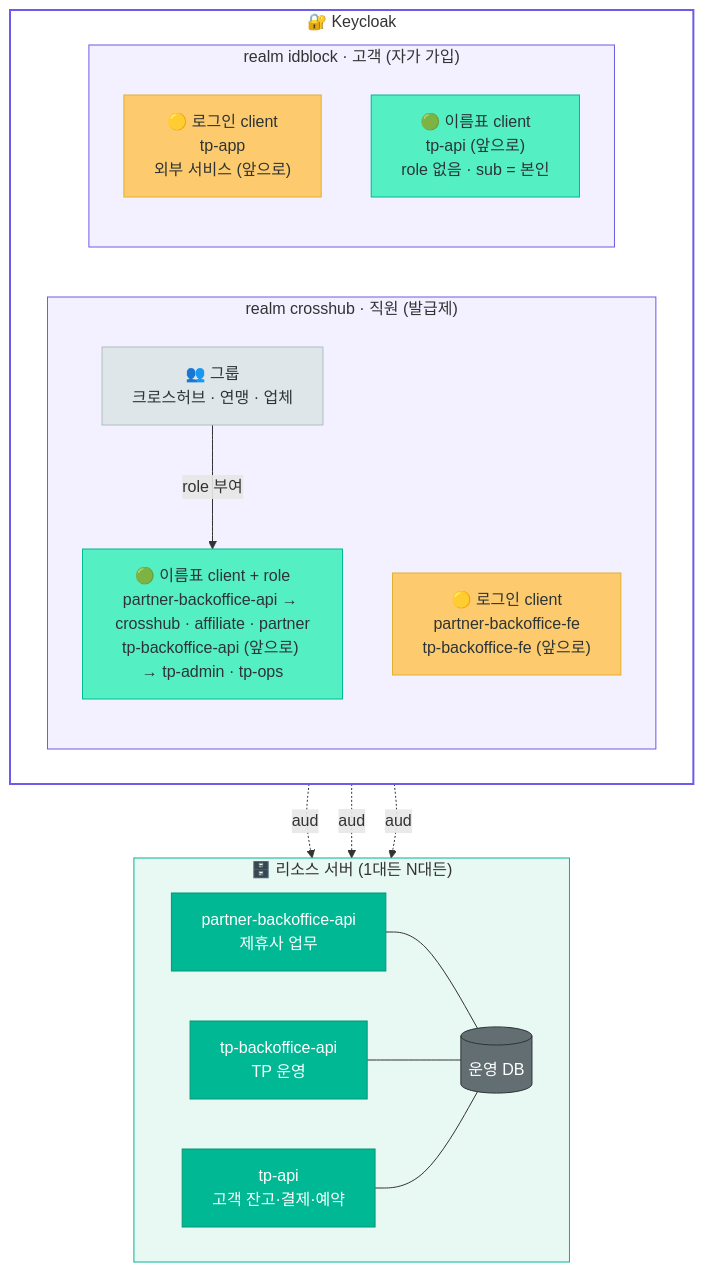
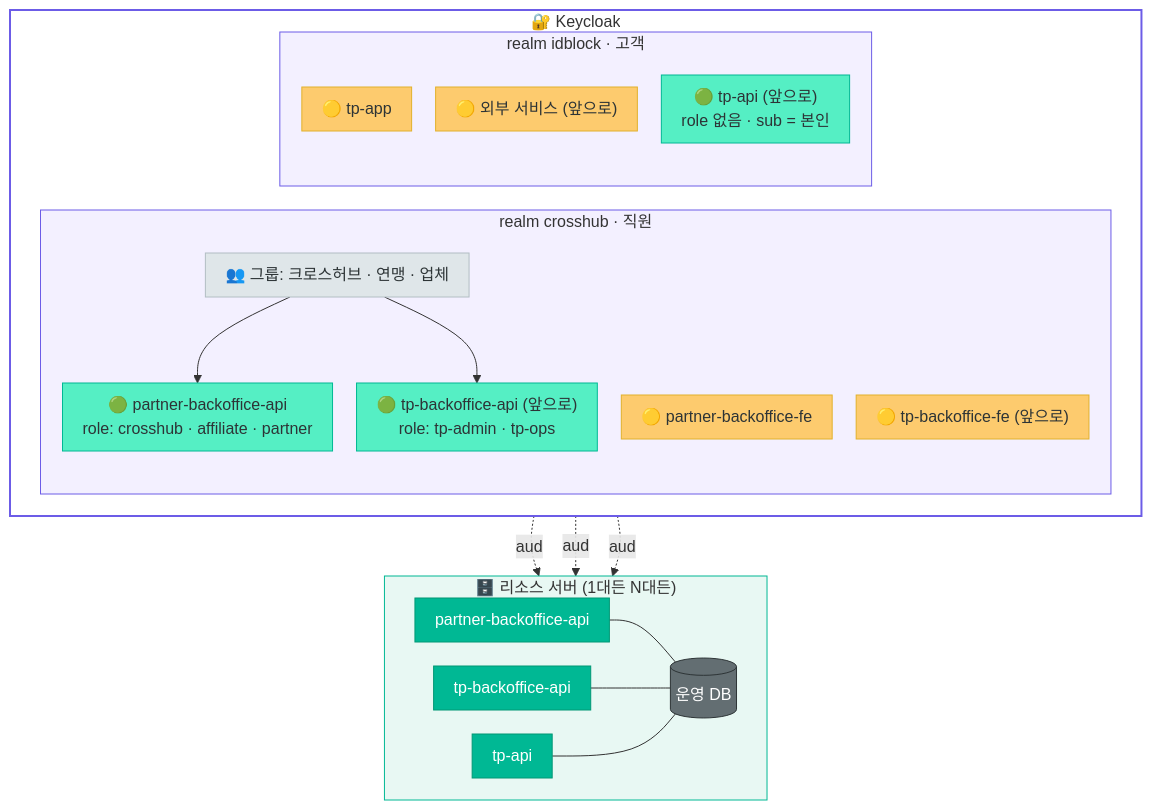
The second of 4 diagrams in docs/architecture-overview.md (crosshub-poc-backoffice/travelpass-backoffice-BE), drawn with Mermaid before and after one commit. The commit also changed other lines of this file, not shown here.

Commit message:
docs: 큰 틀 그림 상자 쪼개고 글자 끊김 수정

````diff
--- a/docs/architecture-overview.md
+++ b/docs/architecture-overview.md
@@ -64,48 +64,53 @@
 ```mermaid
+%%{init: {"flowchart": {"wrappingWidth": 480, "nodeSpacing": 24, "rankSpacing": 36, "padding": 10}}}%%
 flowchart TB
   subgraph KC["🔐 Keycloak"]
     direction LR
-    subgraph R1["realm crosshub · 직원 (발급제)"]
+    subgraph R1["realm crosshub · 직원"]
       direction TB
-      G1["👥 그룹<br/>크로스허브 · 연맹 · 업체"]
-      L1["🟡 로그인 client<br/>partner-backoffice-fe<br/>tp-backoffice-fe (앞으로)"]
-      N1["🟢 이름표 client + role<br/>partner-backoffice-api → crosshub · affiliate · partner<br/>tp-backoffice-api (앞으로) → tp-admin · tp-ops"]
-      G1 -- "role 부여" --> N1
+      G1["👥 그룹: 크로스허브 · 연맹 · 업체"]
+      L1a["🟡 partner-backoffice-fe"]
+      L1b["🟡 tp-backoffice-fe (앞으로)"]
+      N1a["🟢 partner-backoffice-api<br/>role: crosshub · affiliate · partner"]
+      N1b["🟢 tp-backoffice-api (앞으로)<br/>role: tp-admin · tp-ops"]
+      G1 --> N1a
+      G1 --> N1b
     end
-    subgraph R2["realm idblock · 고객 (자가 가입)"]
+    subgraph R2["realm idblock · 고객"]
       direction TB
-      L2["🟡 로그인 client<br/>tp-app<br/>외부 서비스 (앞으로)"]
-      N2["🟢 이름표 client<br/>tp-api (앞으로)<br/>role 없음 · sub = 본인"]
+      L2a["🟡 tp-app"]
+      L2b["🟡 외부 서비스 (앞으로)"]
+      N2["🟢 tp-api (앞으로)<br/>role 없음 · sub = 본인"]
     end
   end
 
   subgraph RS["🗄️ 리소스 서버 (1대든 N대든)"]
     direction LR
-    P["partner-backoffice-api<br/>제휴사 업무"]
-    O["tp-backoffice-api<br/>TP 운영"]
-    T["tp-api<br/>고객 잔고·결제·예약"]
+    P["partner-backoffice-api"]
+    O["tp-backoffice-api"]
+    T["tp-api"]
     DB[("운영 DB")]
     P --- DB
     O --- DB
     T --- DB
   end
 
-  N1 -. "aud" .-> P
-  N1 -. "aud" .-> O
-  N2 -. "aud" .-> T
+  N1a -. aud .-> P
+  N1b -. aud .-> O
+  N2 -. aud .-> T
 
   classDef app fill:#FDCB6E,stroke:#e1b12c,color:#2d3436
   classDef tag fill:#55efc4,stroke:#00B894,color:#2d3436
   classDef grp fill:#dfe6e9,stroke:#b2bec3,color:#2d3436
   classDef rs fill:#00B894,stroke:#019875,color:#fff
   classDef db fill:#636e72,stroke:#2d3436,color:#fff
-  class L1,L2 app
-  class N1,N2 tag
+  class L1a,L1b,L2a,L2b app
+  class N1a,N1b,N2 tag
   class G1 grp
   class P,O,T rs
   class DB db
   style R1 fill:#f3f0ff,stroke:#6C5CE7
   style R2 fill:#f3f0ff,stroke:#6C5CE7
   style KC fill:#ffffff,stroke:#6C5CE7,stroke-width:2px
   style RS fill:#e8f8f3,stroke:#00B894
 ```
````
